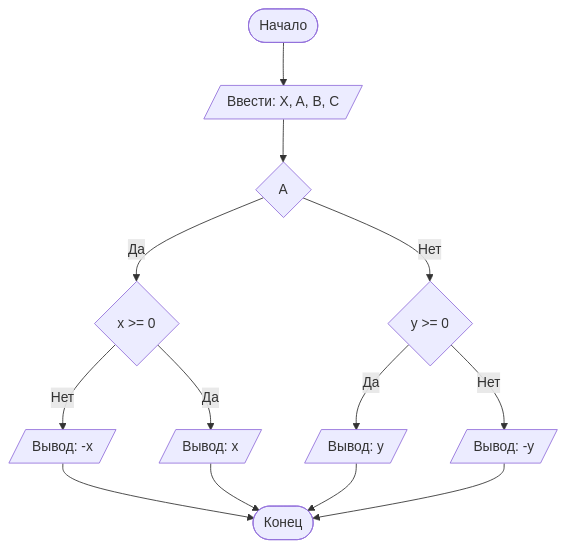
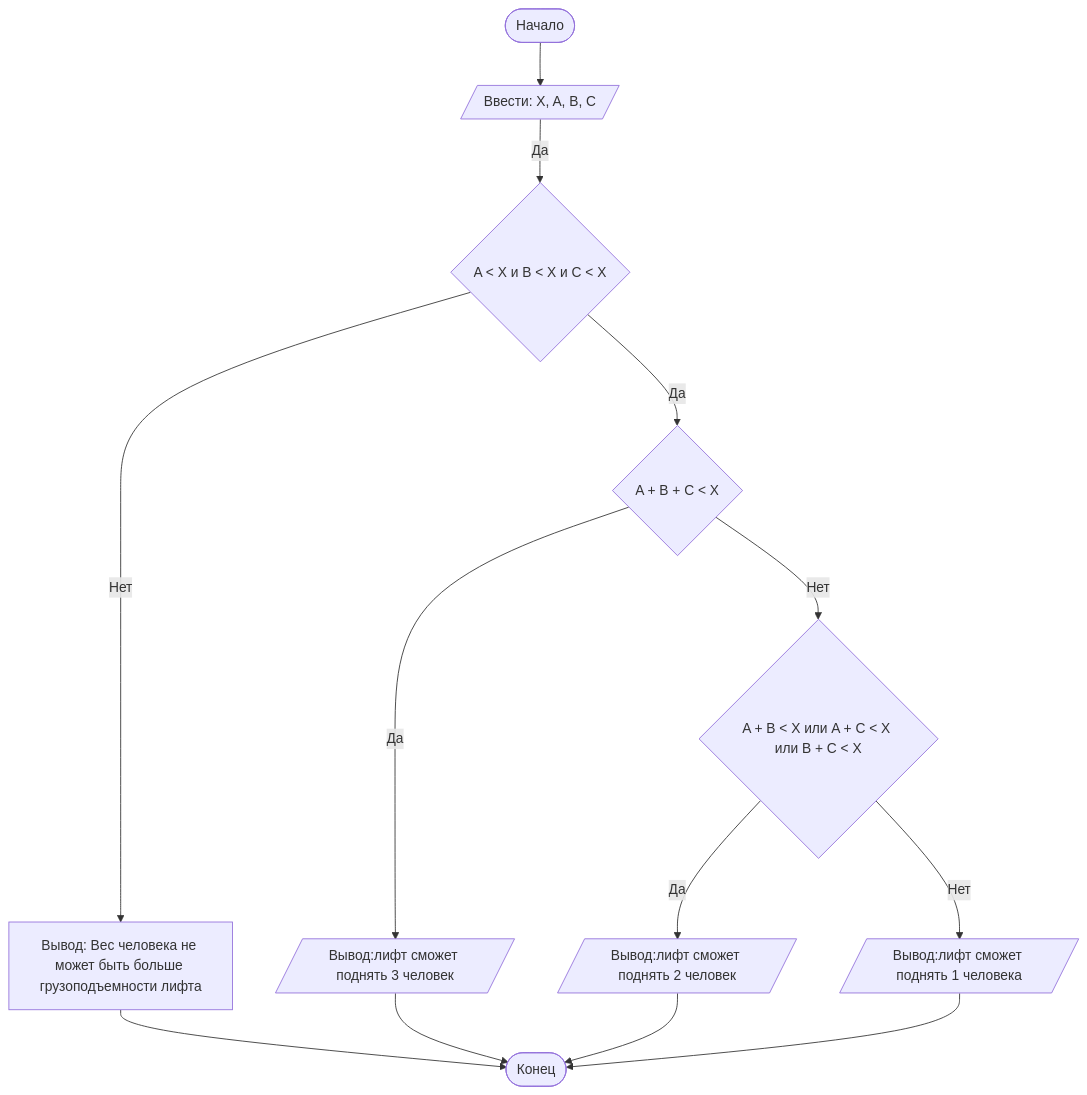
Before and after one commit to Shaashkina/lab: the diagram in README.md, drawn with Mermaid.

````diff
--- a/README.md
+++ b/README.md
@@ -94,16 +94,16 @@
 ```mermaid
 graph TD
     A([Начало]) --> B[/Ввести: X, A, B, C/]
-    B --> C{A<X and B<X and C<X}
-    C -- Нет --> D{y >= 0}
-    D -- Нет --> E[/Вывод: -y/]
-    D -- Да --> H[/Вывод: y/]
-    C -- Да --> I{x >= 0}
-    I -- Нет --> J[/Вывод: -x/]
-    I -- Да --> K[/Вывод: x/]
-    J --> Z
-    K --> Z
+    B -- Да --> C{A < X и B < X и C < X}
+    C -- Нет --> F[Вывод: Вес человека не может быть больше грузоподъемности лифта ];
+    C -- Да --> D{ A + B + C < X }
+    D -- Нет --> G{ A + B < X или A + C < X или B + C < X }
+    D -- Да --> H[/Вывод:лифт сможет поднять 3 человек/]
+    G -- Да --> I[/Вывод:лифт сможет поднять 2 человек/]
+    G -- Нет --> K[/Вывод:лифт сможет поднять 1 человека/]
+    F --> Z
     H --> Z
-    E --> Z([Конец])
+    I --> Z
+    K --> Z([Конец])
 
 ```
````
